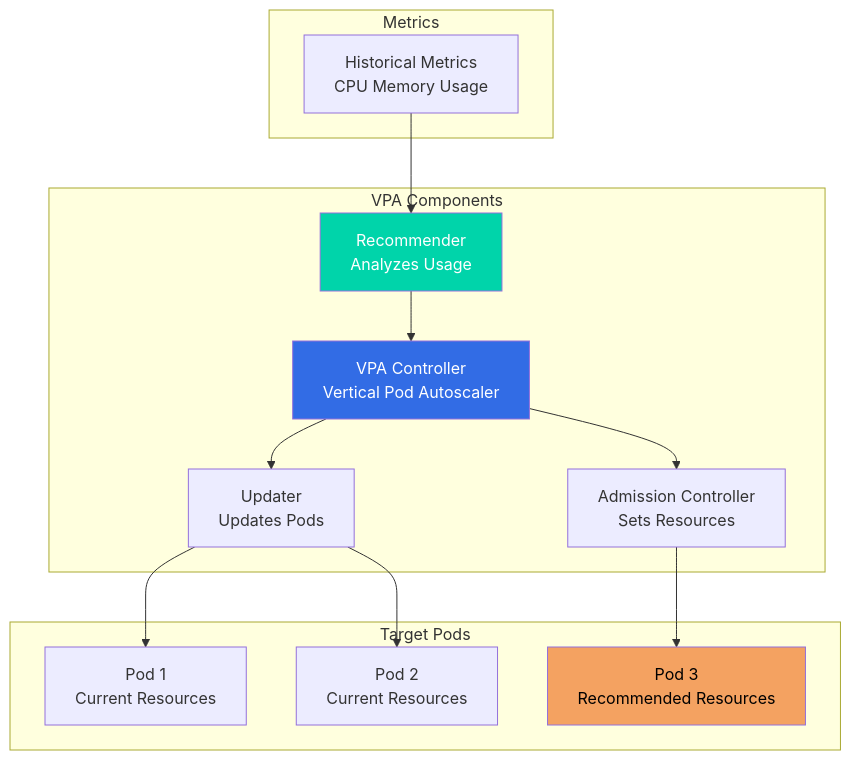
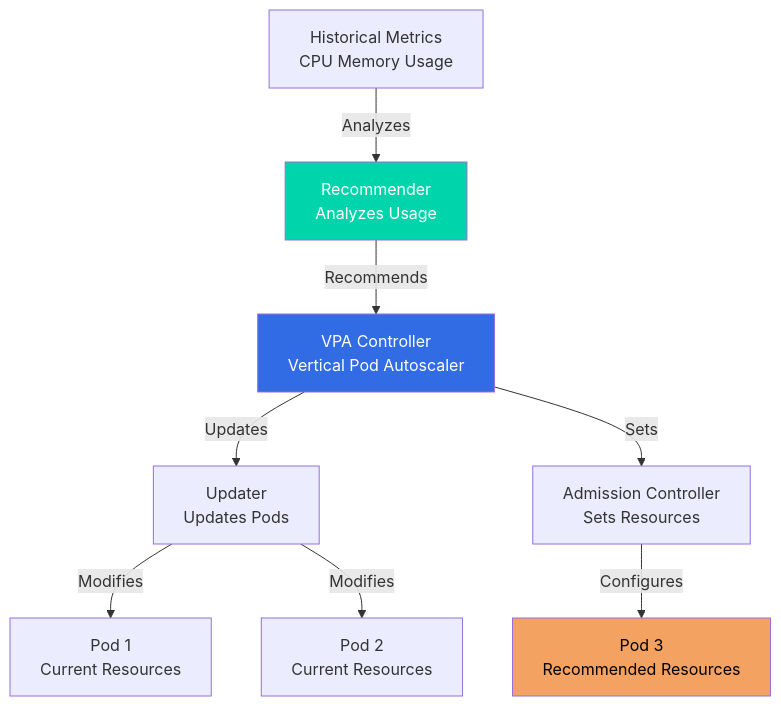
Before and after one commit to jayeshjd555/Kubernetes: diagram 29 of 33 in README.md, drawn with Mermaid. The commit also changed other lines of this file, not shown here.

````diff
--- a/README.md
+++ b/README.md
@@ -11046,31 +11036,23 @@
 ```mermaid
 graph TB
-    subgraph "VPA Components"
-        VPACtrl[VPA Controller<br/>Vertical Pod Autoscaler]
-        REC[Recommender<br/>Analyzes Usage]
-        UPD[Updater<br/>Updates Pods]
-        AC[Admission Controller<br/>Sets Resources]
-    end
+    HIST[Historical Metrics<br/>CPU Memory Usage]
+    REC[Recommender<br/>Analyzes Usage]
+    VPACtrl[VPA Controller<br/>Vertical Pod Autoscaler]
+    UPD[Updater<br/>Updates Pods]
+    AC[Admission Controller<br/>Sets Resources]
+    POD1[Pod 1<br/>Current Resources]
+    POD2[Pod 2<br/>Current Resources]
+    POD3[Pod 3<br/>Recommended Resources]
     
-    subgraph "Metrics"
-        HIST[Historical Metrics<br/>CPU Memory Usage]
-    end
-    
-    subgraph "Target Pods"
-        POD1[Pod 1<br/>Current Resources]
-        POD2[Pod 2<br/>Current Resources]
-        POD3[Pod 3<br/>Recommended Resources]
-    end
-    
-    HIST --> REC
-    REC --> VPACtrl
-    VPACtrl --> UPD
-    VPACtrl --> AC
-    UPD --> POD1
-    UPD --> POD2
-    AC --> POD3
+    HIST -->|Analyzes| REC
+    REC -->|Recommends| VPACtrl
+    VPACtrl -->|Updates| UPD
+    VPACtrl -->|Sets| AC
+    UPD -->|Modifies| POD1
+    UPD -->|Modifies| POD2
+    AC -->|Configures| POD3
     
     style VPACtrl fill:#326ce5,color:#fff
     style REC fill:#00d4aa,color:#fff
     style POD3 fill:#f4a261,color:#000
 ```
````
